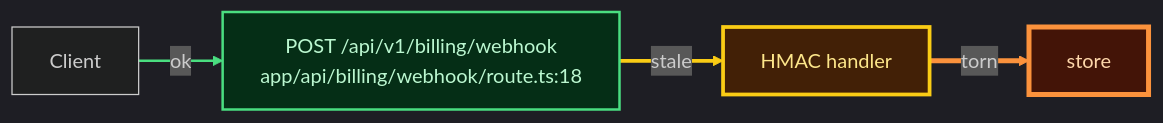
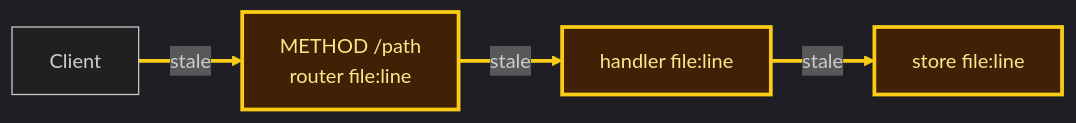
The diagram in skills/skidora-backend/SKILL.md (Atofinite5/skidora), drawn with Mermaid before and after one commit. The commit also changed other lines of this file and 6 other files, not shown here.

````diff
--- a/skills/skidora-backend/SKILL.md
+++ b/skills/skidora-backend/SKILL.md
@@ -65,22 +73,22 @@
 ```mermaid
 %%{init: {"theme":"dark"}}%%
 flowchart LR
   classDef ok fill:#052e16,stroke:#4ade80,color:#bbf7d0,stroke-width:2px
   classDef stale fill:#422006,stroke:#facc15,color:#fde68a,stroke-width:3px
   classDef torn fill:#431407,stroke:#fb923c,color:#fed7aa,stroke-width:4px
   classDef down fill:#450a0a,stroke:#f87171,color:#fecaca,stroke-width:5px
 
   C[Client]
-  R["POST /api/v1/billing/webhook<br/>app/api/billing/webhook/route.ts:18"]
-  H["HMAC handler"]
-  S["store"]
-  C -->|ok| R
+  R["METHOD /path<br/>router file:line"]
+  H["handler file:line"]
+  S["store file:line"]
+  C -->|stale| R
   R -->|stale| H
-  H -->|torn| S
-  class R ok
+  H -->|stale| S
+  class R stale
   class H stale
-  class S torn
-  linkStyle 0 stroke:#4ade80,stroke-width:2px
+  class S stale
+  linkStyle 0 stroke:#facc15,stroke-width:3px
   linkStyle 1 stroke:#facc15,stroke-width:3px
-  linkStyle 2 stroke:#fb923c,stroke-width:4px
+  linkStyle 2 stroke:#facc15,stroke-width:3px
 ```
````
